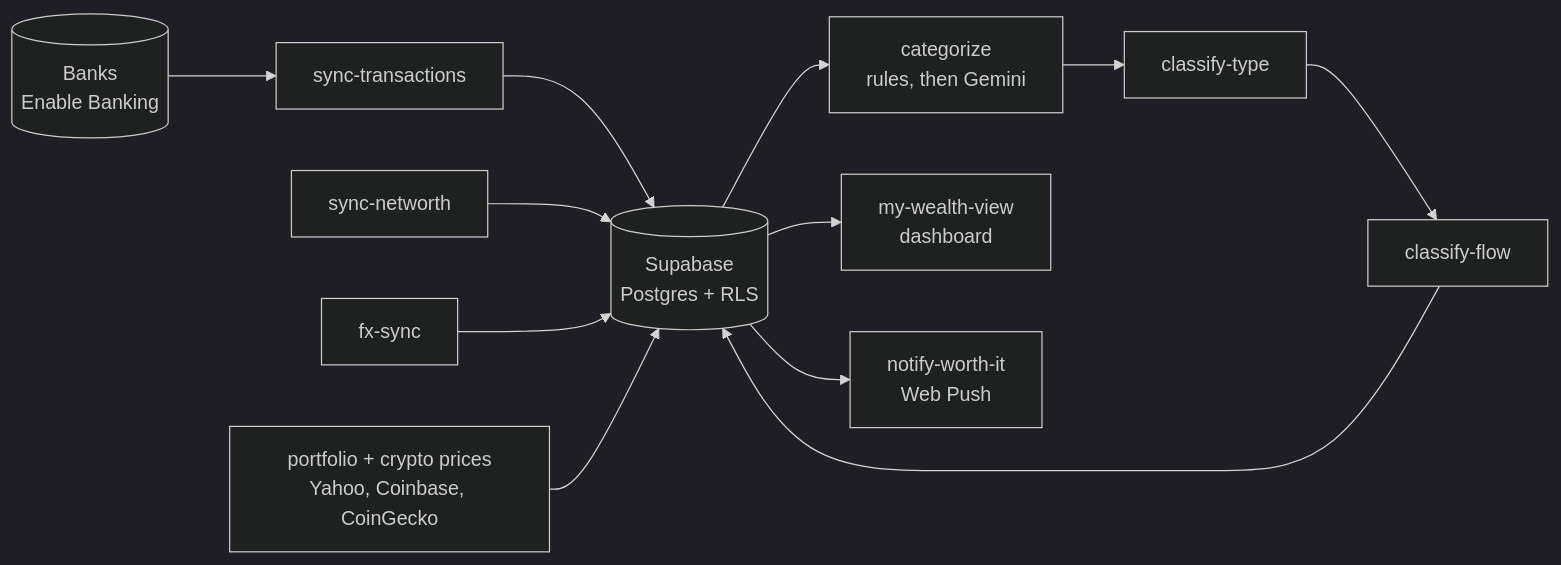
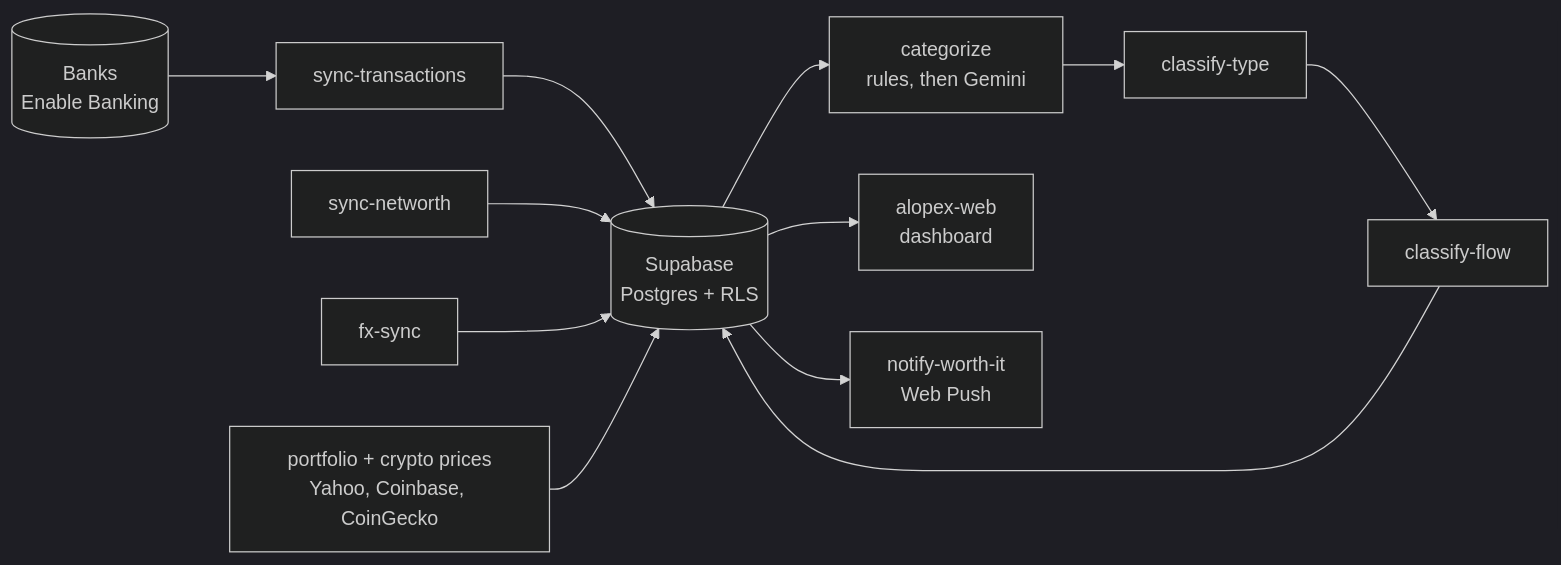
Before and after one commit to marcodonghiaa/myfinances: the diagram in README.md, drawn with Mermaid (dark theme). The commit also changed other lines of this file and 5 other files, not shown here.

First line of the commit message:
chore: point repo links at renamed alopex / alopex-web repos (#104)

````diff
--- a/README.md
+++ b/README.md
@@ -37,14 +37,14 @@
 ```mermaid
 flowchart LR
     Bank[(Banks<br/>Enable Banking)] --> TX[sync-transactions]
     TX --> DB[(Supabase<br/>Postgres + RLS)]
     NW[sync-networth] --> DB
     FX[fx-sync] --> DB
     DB --> CAT[categorize<br/>rules, then Gemini]
     CAT --> TYPE[classify-type]
     TYPE --> FLOW[classify-flow]
     FLOW --> DB
     PRICES[portfolio + crypto prices<br/>Yahoo, Coinbase, CoinGecko] --> DB
-    DB --> UI[my-wealth-view<br/>dashboard]
+    DB --> UI[alopex-web<br/>dashboard]
     DB --> PUSH[notify-worth-it<br/>Web Push]
 ```
````
